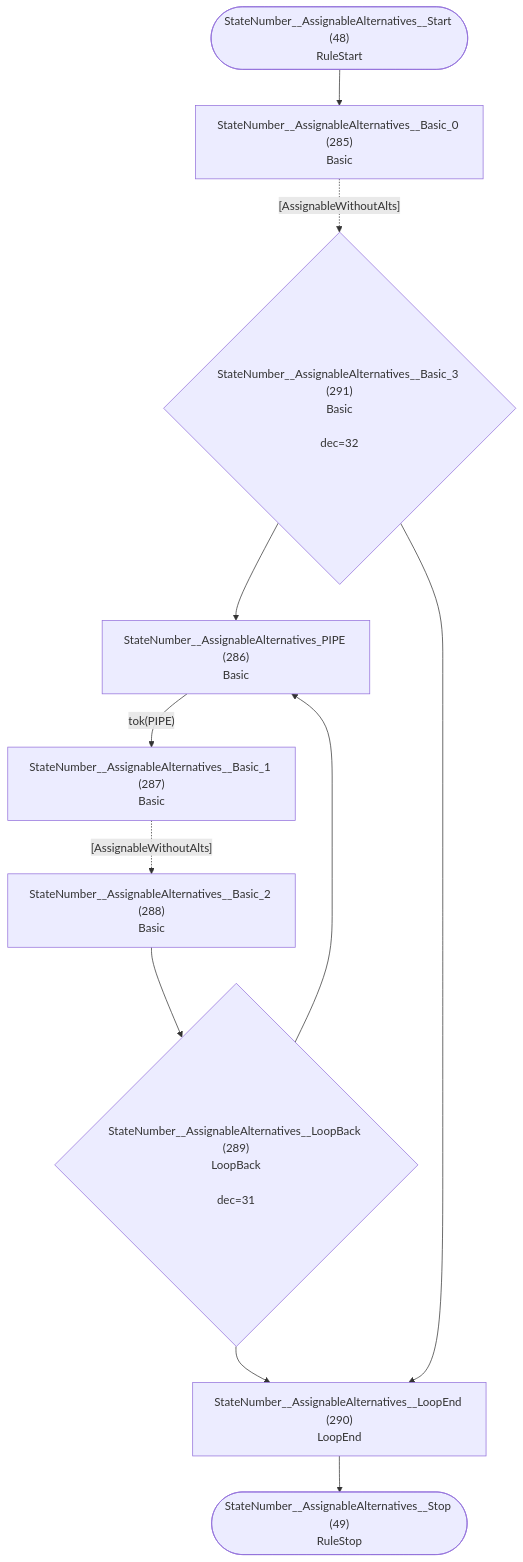
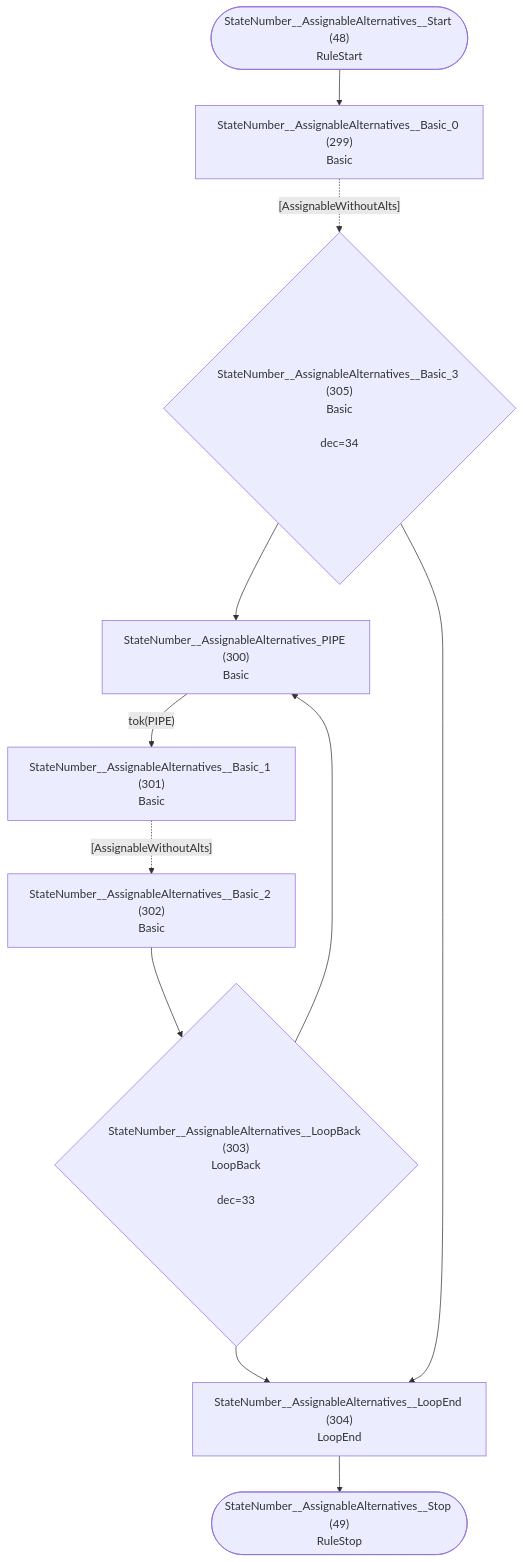
One commit to TypeFox/fastbelt changed diagram 25 of 32 in internal/grammar/atn.md. Above: the diagram before and after it, drawn with Mermaid. The commit also changed other lines of this file and 21 other files, not shown here.

````diff
--- a/internal/grammar/atn.md
+++ b/internal/grammar/atn.md
@@ -732,23 +764,23 @@
 ```mermaid
 flowchart TD
     q48(["StateNumber__AssignableAlternatives__Start (48)<br/>RuleStart"])
     q49(["StateNumber__AssignableAlternatives__Stop (49)<br/>RuleStop"])
-    q285["StateNumber__AssignableAlternatives__Basic_0 (285)<br/>Basic<br/>"]
-    q286["StateNumber__AssignableAlternatives_PIPE (286)<br/>Basic<br/>"]
-    q287["StateNumber__AssignableAlternatives__Basic_1 (287)<br/>Basic<br/>"]
-    q288["StateNumber__AssignableAlternatives__Basic_2 (288)<br/>Basic<br/>"]
-    q289{"StateNumber__AssignableAlternatives__LoopBack (289)<br/>LoopBack<br/><br/>dec=31"}
-    q290["StateNumber__AssignableAlternatives__LoopEnd (290)<br/>LoopEnd<br/>"]
-    q291{"StateNumber__AssignableAlternatives__Basic_3 (291)<br/>Basic<br/><br/>dec=32"}
+    q299["StateNumber__AssignableAlternatives__Basic_0 (299)<br/>Basic<br/>"]
+    q300["StateNumber__AssignableAlternatives_PIPE (300)<br/>Basic<br/>"]
+    q301["StateNumber__AssignableAlternatives__Basic_1 (301)<br/>Basic<br/>"]
+    q302["StateNumber__AssignableAlternatives__Basic_2 (302)<br/>Basic<br/>"]
+    q303{"StateNumber__AssignableAlternatives__LoopBack (303)<br/>LoopBack<br/><br/>dec=33"}
+    q304["StateNumber__AssignableAlternatives__LoopEnd (304)<br/>LoopEnd<br/>"]
+    q305{"StateNumber__AssignableAlternatives__Basic_3 (305)<br/>Basic<br/><br/>dec=34"}
 
-    q48 --> q285
-    q285 -.->|"[AssignableWithoutAlts]"| q291
-    q286 -->|"tok(PIPE)"| q287
-    q287 -.->|"[AssignableWithoutAlts]"| q288
-    q288 --> q289
-    q289 --> q286
-    q289 --> q290
-    q290 --> q49
-    q291 --> q286
-    q291 --> q290
+    q48 --> q299
+    q299 -.->|"[AssignableWithoutAlts]"| q305
+    q300 -->|"tok(PIPE)"| q301
+    q301 -.->|"[AssignableWithoutAlts]"| q302
+    q302 --> q303
+    q303 --> q300
+    q303 --> q304
+    q304 --> q49
+    q305 --> q300
+    q305 --> q304
 ```
````
